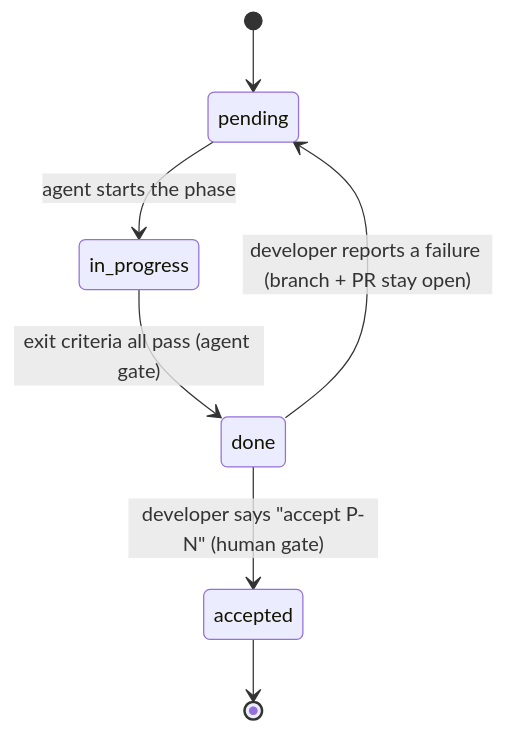
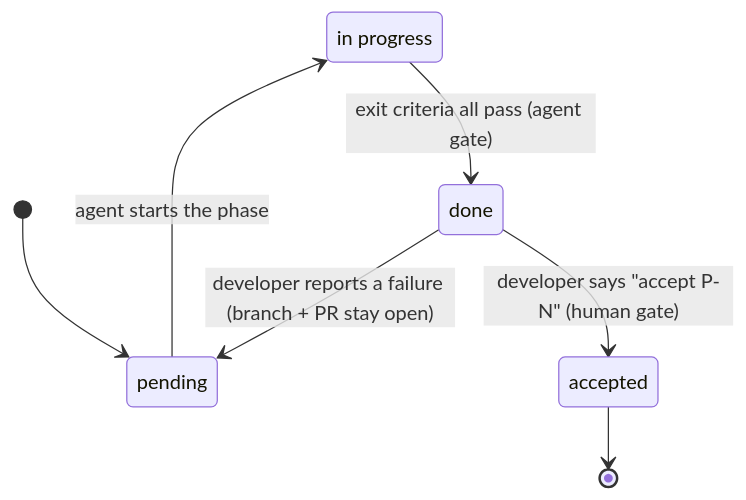
The diagram in AgentInstructionSet4/docs/REQUIREMENTS.md (Mabeesha/AppModernizationHarness), drawn with Mermaid before and after one commit. The commit also changed 3 other files, not shown here.

````diff
--- a/AgentInstructionSet4/docs/REQUIREMENTS.md
+++ b/AgentInstructionSet4/docs/REQUIREMENTS.md
@@ -155,9 +155,10 @@
 ```mermaid
 stateDiagram-v2
+    state "in progress" as in_progress
     [*] --> pending
     pending --> in_progress : agent starts the phase
     in_progress --> done : exit criteria all pass (agent gate)
     done --> accepted : developer says "accept P-N" (human gate)
     done --> pending : developer reports a failure (branch + PR stay open)
     accepted --> [*]
 ```
````
